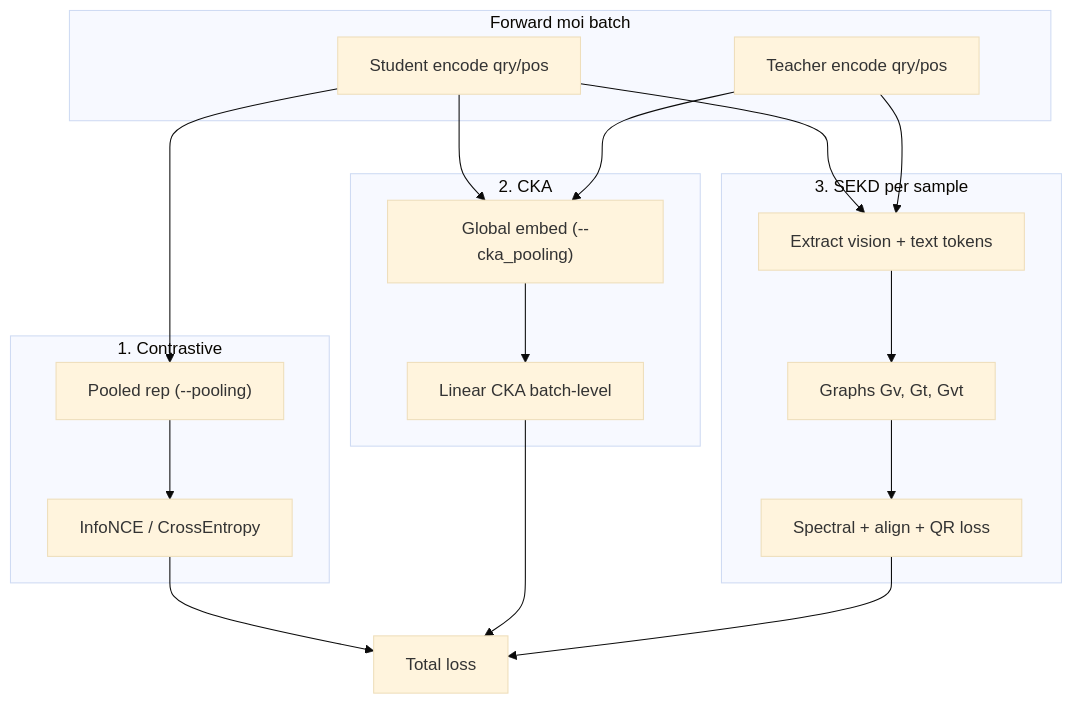
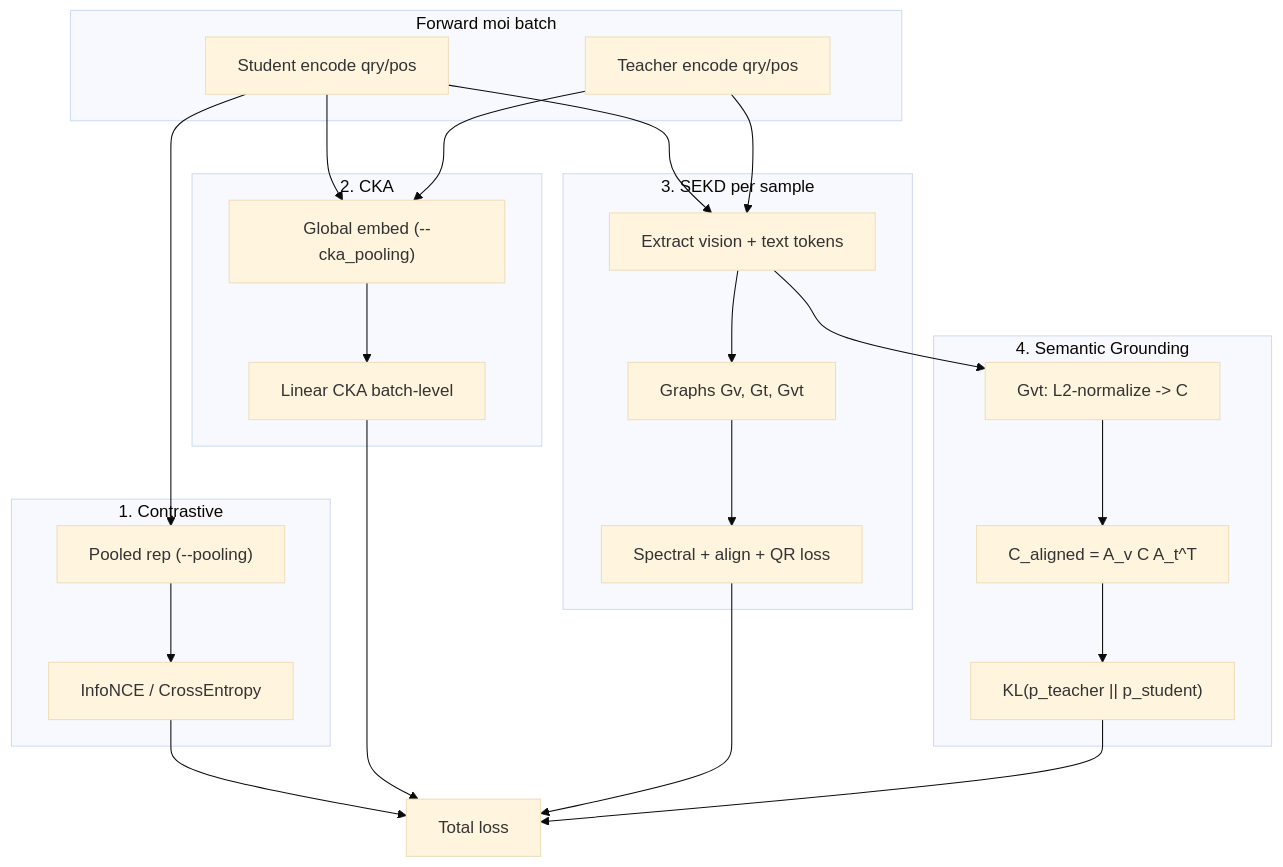
Before and after one commit to vohuutridung/VLM_Embed: the first of 3 diagrams in docs/segd_loss.md, drawn with Mermaid (base theme). The commit also changed other lines of this file and 5 other files, not shown here.

Commit message:
Add Semantic Grounding Distillation to SEGDLoss: Introduce new grounding loss components and hyperparameters for KL divergence on vision-text affinity. Update training scripts and documentation to reflect changes, enhancing loss computation and model training flexibility.

````diff
--- a/docs/segd_loss.md
+++ b/docs/segd_loss.md
@@ -30,35 +33,43 @@
 ```mermaid
 flowchart TB
     subgraph sg_forward ["Forward moi batch"]
         SQ["Student encode qry/pos"]
         TQ["Teacher encode qry/pos"]
     end
 
     subgraph sg_contrastive ["1. Contrastive"]
         POOL_S["Pooled rep (--pooling)"]
         INFO["InfoNCE / CrossEntropy"]
     end
 
     subgraph sg_cka ["2. CKA"]
         POOL_CKA["Global embed (--cka_pooling)"]
         CKA_NODE["Linear CKA batch-level"]
     end
 
     subgraph sg_sekd ["3. SEKD per sample"]
         TOK["Extract vision + text tokens"]
         G3["Graphs Gv, Gt, Gvt"]
         SPEC["Spectral + align + QR loss"]
     end
 
+    subgraph sg_ground ["4. Semantic Grounding"]
+        CRAW["Gvt: L2-normalize -> C"]
+        ALIGN["C_aligned = A_v C A_t^T"]
+        KL["KL(p_teacher || p_student)"]
+    end
+
     TOTAL["Total loss"]
 
     SQ --> POOL_S --> INFO
     SQ --> POOL_CKA
     TQ --> POOL_CKA --> CKA_NODE
     SQ --> TOK --> G3 --> SPEC
     TQ --> TOK
+    TOK --> CRAW --> ALIGN --> KL
 
     INFO --> TOTAL
     CKA_NODE --> TOTAL
     SPEC --> TOTAL
+    KL --> TOTAL
 ```
````
